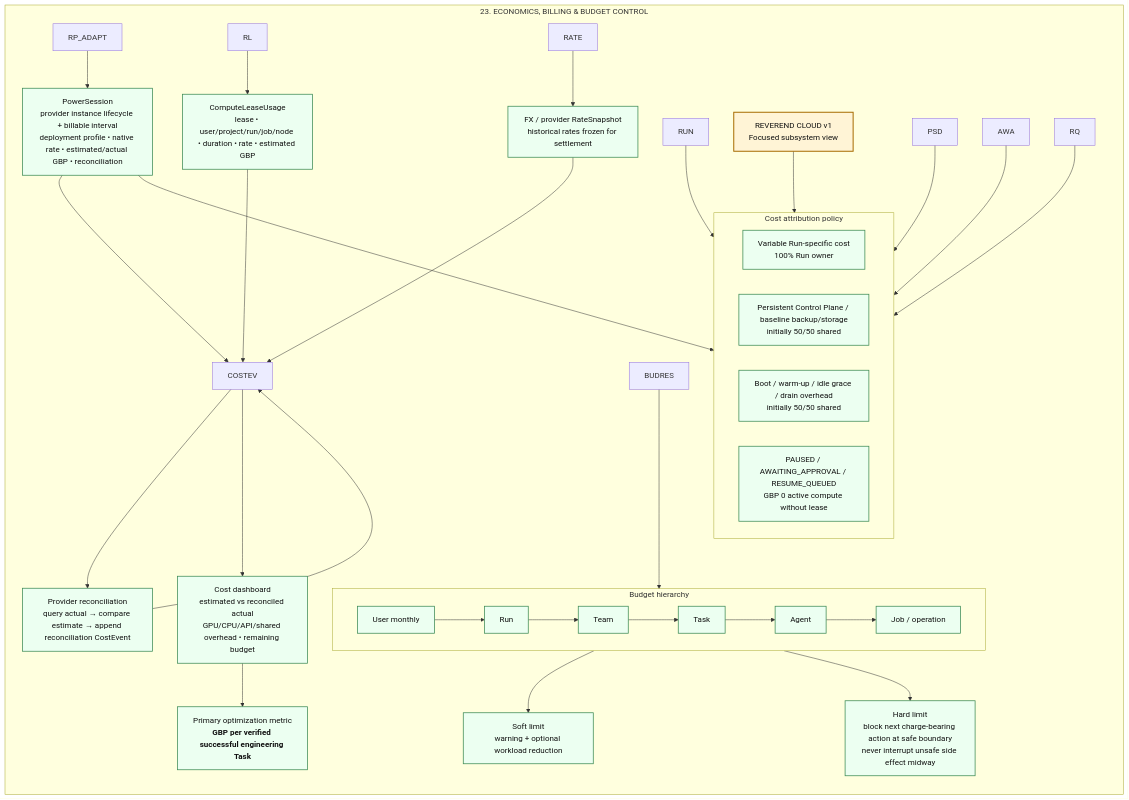
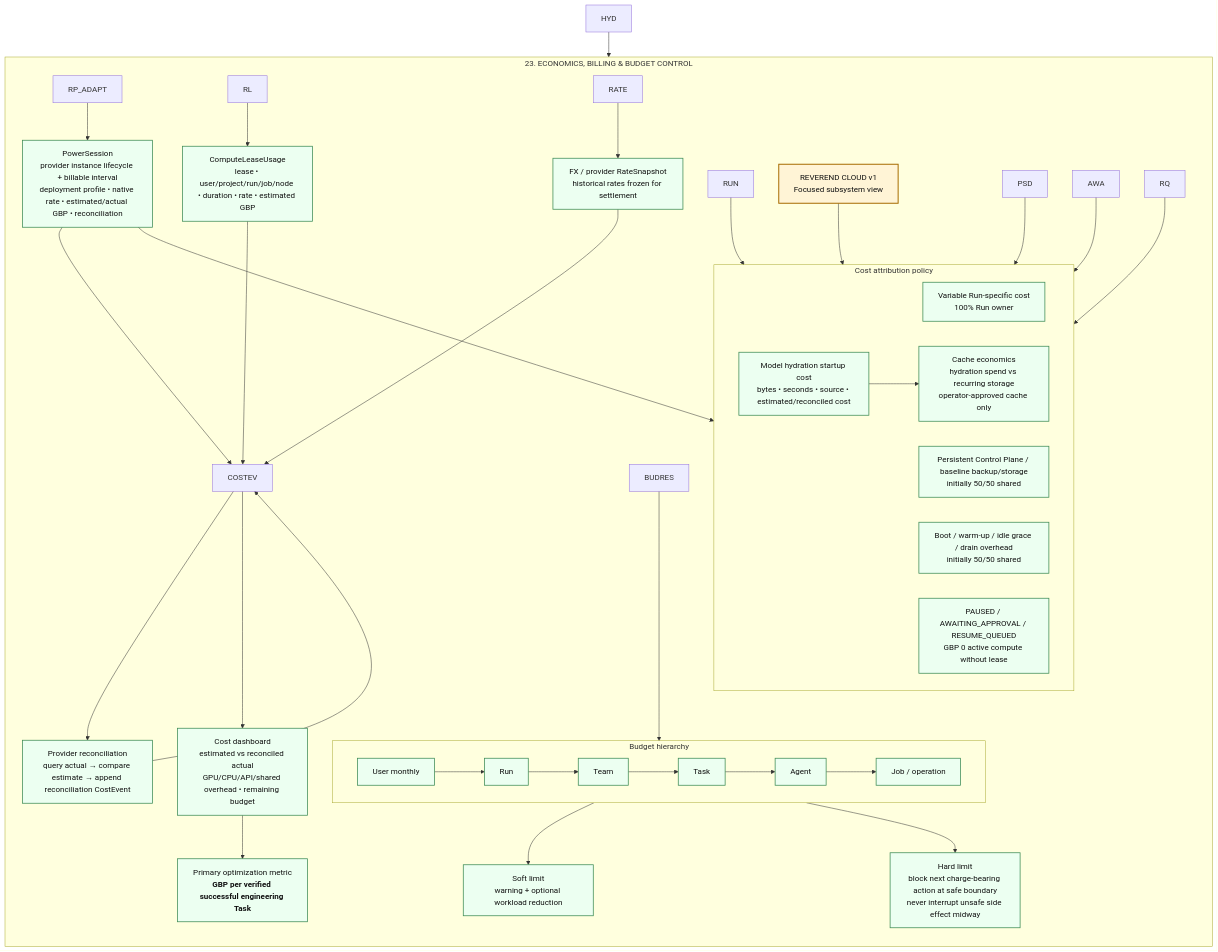
The diagram in Documentation/Design/Diagrams/Subsystems/23-cost-billing-budgets.mmd (reverez/reverend), drawn with Mermaid before and after one commit.

Commit message:
docs: add hydration economics to cost diagram

```diff
--- a/Documentation/Design/Diagrams/Subsystems/23-cost-billing-budgets.mmd
+++ b/Documentation/Design/Diagrams/Subsystems/23-cost-billing-budgets.mmd
@@ -1,94 +1,98 @@
 flowchart TB
 
 %% STYLES
 %% =========================================================
 classDef human fill:#e8f0ff,stroke:#3458a4,stroke-width:2px,color:#111;
 classDef client fill:#eef7ff,stroke:#3678a8,stroke-width:1.5px,color:#111;
 classDef api fill:#e9fff7,stroke:#23855f,stroke-width:1.5px,color:#111;
 classDef authority fill:#fff4d6,stroke:#a76b00,stroke-width:2px,color:#111;
 classDef domain fill:#fff9e8,stroke:#a7802b,stroke-width:1.5px,color:#111;
 classDef agent fill:#f5edff,stroke:#7552a8,stroke-width:1.5px,color:#111;
 classDef context fill:#f8f3ff,stroke:#8458aa,stroke-width:1.2px,color:#111;
 classDef tool fill:#fff0f0,stroke:#aa4949,stroke-width:1.5px,color:#111;
 classDef verify fill:#efffe9,stroke:#4e8a3c,stroke-width:1.5px,color:#111;
 classDef sched fill:#eefcf8,stroke:#2f7a68,stroke-width:1.5px,color:#111;
 classDef compute fill:#eef4ff,stroke:#4f68a8,stroke-width:1.5px,color:#111;
 classDef model fill:#f1ecff,stroke:#5f49a8,stroke-width:1.5px,color:#111;
 classDef durable fill:#fff2e5,stroke:#a6642c,stroke-width:1.5px,color:#111;
 classDef security fill:#ffecec,stroke:#a73b3b,stroke-width:1.5px,color:#111;
 classDef data fill:#f4f4f4,stroke:#666,stroke-width:1.3px,color:#111;
 classDef cost fill:#ecfff1,stroke:#3e8b55,stroke-width:1.5px,color:#111;
 classDef ops fill:#f2fbff,stroke:#3f7890,stroke-width:1.5px,color:#111;
 classDef external fill:#f7f7f7,stroke:#777,stroke-width:1.2px,stroke-dasharray:5 3,color:#111;
 classDef dev fill:#fff8ed,stroke:#9b6b23,stroke-width:1.3px,color:#111;
 classDef invariant fill:#fffbe6,stroke:#b09121,stroke-width:1.5px,color:#111;
 
 %% =========================================================
 
 ROOT["REVEREND CLOUD v1<br/>Focused subsystem view"]:::authority
 
 %% =========================================================
 %% FOCUSED VIEW
 %% Source: ../system-complete-mermaid-diagram.mmd
 %% Section 23: COST / BILLING / BUDGETS
 %% External cross-subsystem references may render as compact interface nodes.
 %% =========================================================
 
 %% =========================================================
 %% 23. COST / BILLING / BUDGETS
 %% =========================================================
 subgraph ECON["23. ECONOMICS, BILLING & BUDGET CONTROL"]
 direction TB
 
 POWER["PowerSession<br/>provider instance lifecycle + billable interval<br/>deployment profile • native rate • estimated/actual GBP • reconciliation"]:::cost
 LEASEUSE["ComputeLeaseUsage<br/>lease • user/project/run/job/node • duration • rate • estimated GBP"]:::cost
 FX["FX / provider RateSnapshot<br/>historical rates frozen for settlement"]:::cost
 RECON["Provider reconciliation<br/>query actual → compare estimate → append reconciliation CostEvent"]:::cost
 
 subgraph ATTR["Cost attribution policy"]
 direction LR
 VAR["Variable Run-specific cost<br/>100% Run owner"]:::cost
 FIXED["Persistent Control Plane / baseline backup/storage<br/>initially 50/50 shared"]:::cost
 TRANSIENT["Boot / warm-up / idle grace / drain overhead<br/>initially 50/50 shared"]:::cost
+HYDCOST["Model hydration startup cost<br/>bytes • seconds • source • estimated/reconciled cost"]:::cost
+CACHEECON["Cache economics<br/>hydration spend vs recurring storage<br/>operator-approved cache only"]:::cost
 ZEROCOST["PAUSED / AWAITING_APPROVAL / RESUME_QUEUED<br/>GBP 0 active compute without lease"]:::cost
 end
 
 subgraph BUDGETS["Budget hierarchy"]
 direction LR
 BU["User monthly"]:::cost
 BR["Run"]:::cost
 BT["Team"]:::cost
 BTA["Task"]:::cost
 BA["Agent"]:::cost
 BJ["Job / operation"]:::cost
 end
 
 SOFT["Soft limit<br/>warning + optional workload reduction"]:::cost
 HARD["Hard limit<br/>block next charge-bearing action at safe boundary<br/>never interrupt unsafe side effect midway"]:::cost
 
 DASH["Cost dashboard<br/>estimated vs reconciled actual<br/>GPU/CPU/API/shared overhead • remaining budget"]:::cost
 METRIC["Primary optimization metric<br/><b>GBP per verified successful engineering Task</b>"]:::cost
 
 RP_ADAPT --> POWER
 RL --> LEASEUSE
 RATE --> FX
 POWER --> COSTEV
 LEASEUSE --> COSTEV
 FX --> COSTEV
 COSTEV --> RECON
 RECON --> COSTEV
 
 RUN --> VAR
 ROOT --> FIXED
 POWER --> TRANSIENT
 PSD --> ZEROCOST
 AWA --> ZEROCOST
 RQ --> ZEROCOST
 
 BU --> BR --> BT --> BTA --> BA --> BJ
 BJ --> SOFT
 BJ --> HARD
 COSTEV --> DASH
 DASH --> METRIC
 BUDRES --> BUDGETS
 end
+
+HYD --> HYDCOST --> CACHEECON
```
